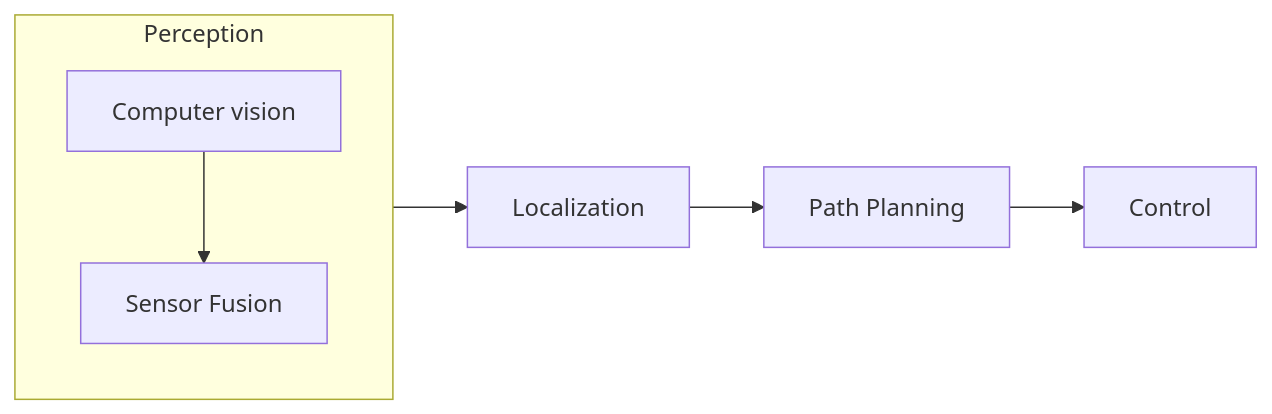
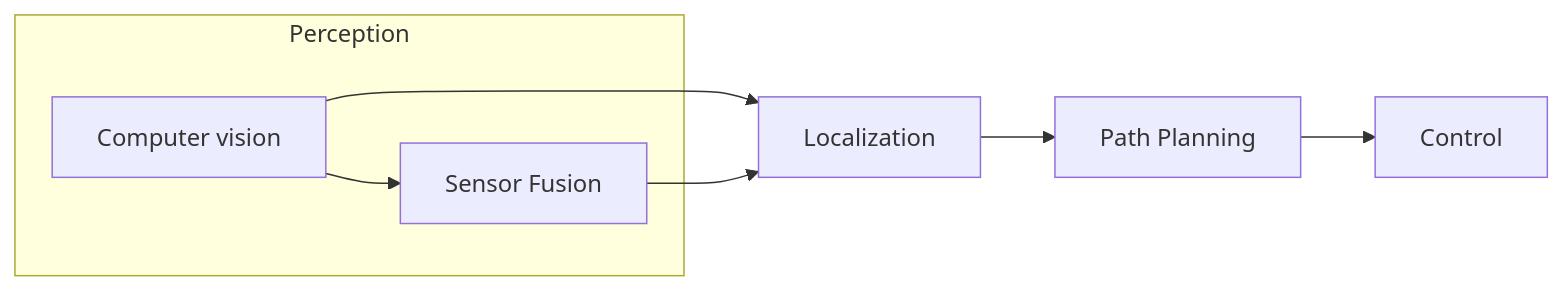
One commit to afondiel/computer-science-notebook changed the diagram in automotive/self-driving/self-driving-notes.md. Above: the diagram before and after it, drawn with Mermaid.

Commit message:
auto-self-drv: add mermaid graph

````diff
--- a/automotive/self-driving/self-driving-notes.md
+++ b/automotive/self-driving/self-driving-notes.md
@@ -20,9 +20,12 @@
 ```mermaid
  graph LR
+
          a1[Localization]-->a2[Path Planning]
          a2-->b1[Control]
+
          subgraph Perception
          c1[Computer vision]-->c2[Sensor Fusion]
          end
-         Perception-->a1
+         c1-->a1
+         c2-->a1
 ```
````
